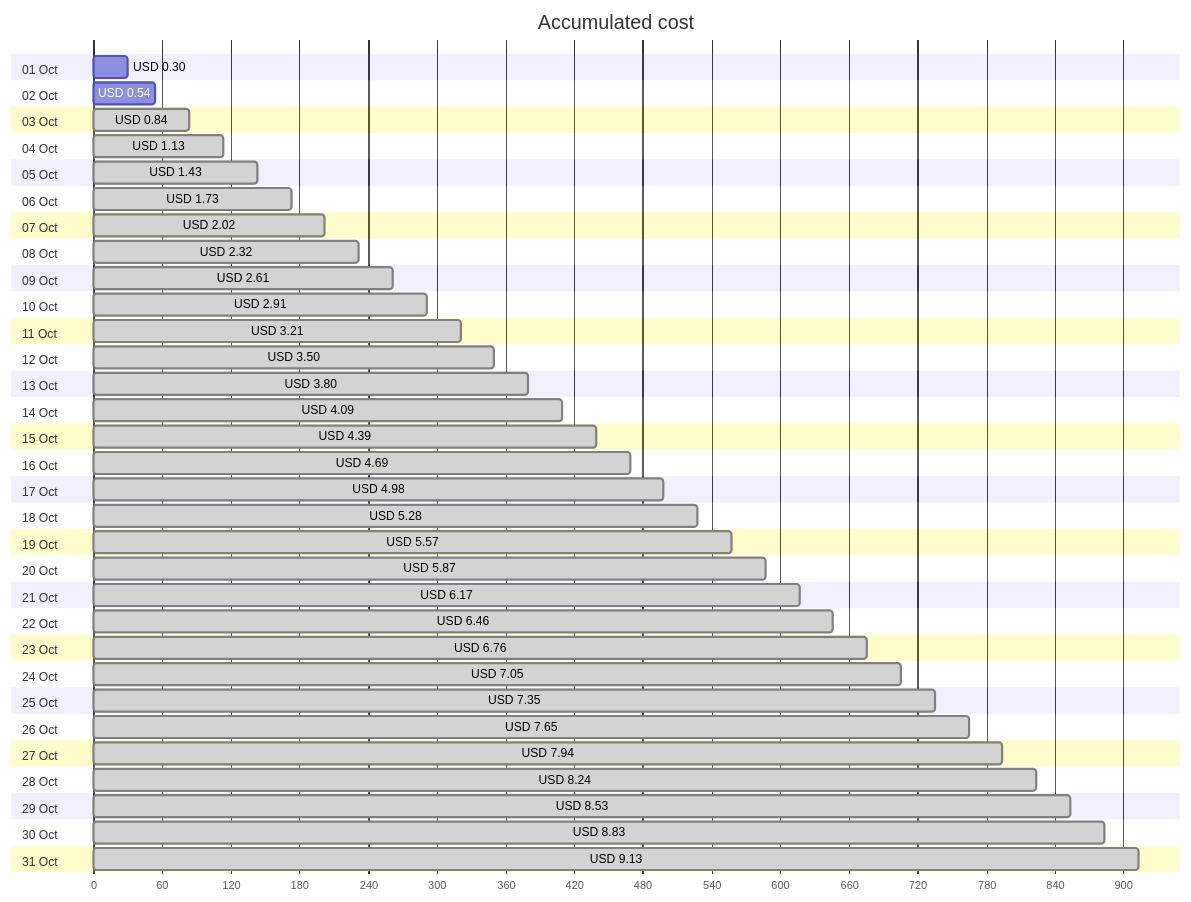
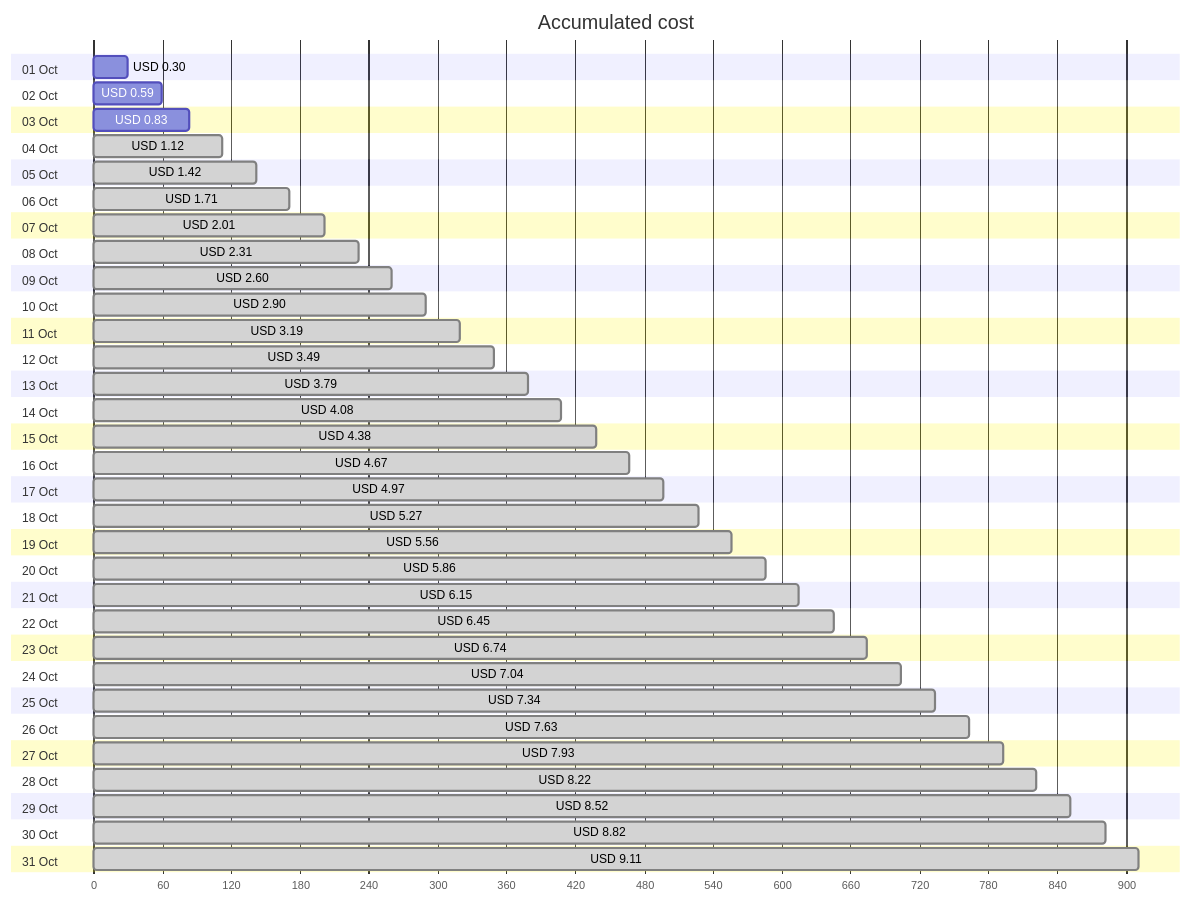
The first of 4 diagrams in cost-reports/personal-site/personal-site.md (jpfulton/azure-personal-reports), drawn with Mermaid before and after one commit. The commit also changed other lines of this file and 7 other files, not shown here.

````diff
--- a/cost-reports/personal-site/personal-site.md
+++ b/cost-reports/personal-site/personal-site.md
@@ -20,68 +20,68 @@
 ```mermaid
 gantt
    title Accumulated cost
    dateFormat  X
    axisFormat %s
    section 01 Oct
    USD 0.30 :0, 30
    section 02 Oct
-   USD 0.54 :0, 54
+   USD 0.59 :0, 59
    section 03 Oct
-   USD 0.84 : done, 0, 84
+   USD 0.83 :0, 83
    section 04 Oct
-   USD 1.13 : done, 0, 113
+   USD 1.12 : done, 0, 112
    section 05 Oct
-   USD 1.43 : done, 0, 143
+   USD 1.42 : done, 0, 142
    section 06 Oct
-   USD 1.73 : done, 0, 173
+   USD 1.71 : done, 0, 171
    section 07 Oct
-   USD 2.02 : done, 0, 202
+   USD 2.01 : done, 0, 201
    section 08 Oct
-   USD 2.32 : done, 0, 232
+   USD 2.31 : done, 0, 231
    section 09 Oct
-   USD 2.61 : done, 0, 261
+   USD 2.60 : done, 0, 260
    section 10 Oct
-   USD 2.91 : done, 0, 291
+   USD 2.90 : done, 0, 290
    section 11 Oct
-   USD 3.21 : done, 0, 321
+   USD 3.19 : done, 0, 319
    section 12 Oct
-   USD 3.50 : done, 0, 350
+   USD 3.49 : done, 0, 349
    section 13 Oct
-   USD 3.80 : done, 0, 380
+   USD 3.79 : done, 0, 379
    section 14 Oct
-   USD 4.09 : done, 0, 409
+   USD 4.08 : done, 0, 408
    section 15 Oct
-   USD 4.39 : done, 0, 439
+   USD 4.38 : done, 0, 438
    section 16 Oct
-   USD 4.69 : done, 0, 469
+   USD 4.67 : done, 0, 467
    section 17 Oct
-   USD 4.98 : done, 0, 498
+   USD 4.97 : done, 0, 497
    section 18 Oct
-   USD 5.28 : done, 0, 528
+   USD 5.27 : done, 0, 527
    section 19 Oct
-   USD 5.57 : done, 0, 557
+   USD 5.56 : done, 0, 556
    section 20 Oct
-   USD 5.87 : done, 0, 587
+   USD 5.86 : done, 0, 586
    section 21 Oct
-   USD 6.17 : done, 0, 617
+   USD 6.15 : done, 0, 615
    section 22 Oct
-   USD 6.46 : done, 0, 646
+   USD 6.45 : done, 0, 645
    section 23 Oct
-   USD 6.76 : done, 0, 676
+   USD 6.74 : done, 0, 674
    section 24 Oct
-   USD 7.05 : done, 0, 705
+   USD 7.04 : done, 0, 704
    section 25 Oct
-   USD 7.35 : done, 0, 735
+   USD 7.34 : done, 0, 734
    section 26 Oct
-   USD 7.65 : done, 0, 765
+   USD 7.63 : done, 0, 763
    section 27 Oct
-   USD 7.94 : done, 0, 794
+   USD 7.93 : done, 0, 793
    section 28 Oct
-   USD 8.24 : done, 0, 824
+   USD 8.22 : done, 0, 822
    section 29 Oct
-   USD 8.53 : done, 0, 853
+   USD 8.52 : done, 0, 852
    section 30 Oct
-   USD 8.83 : done, 0, 883
+   USD 8.82 : done, 0, 882
    section 31 Oct
-   USD 9.13 : done, 0, 913
+   USD 9.11 : done, 0, 911
 ```
````
